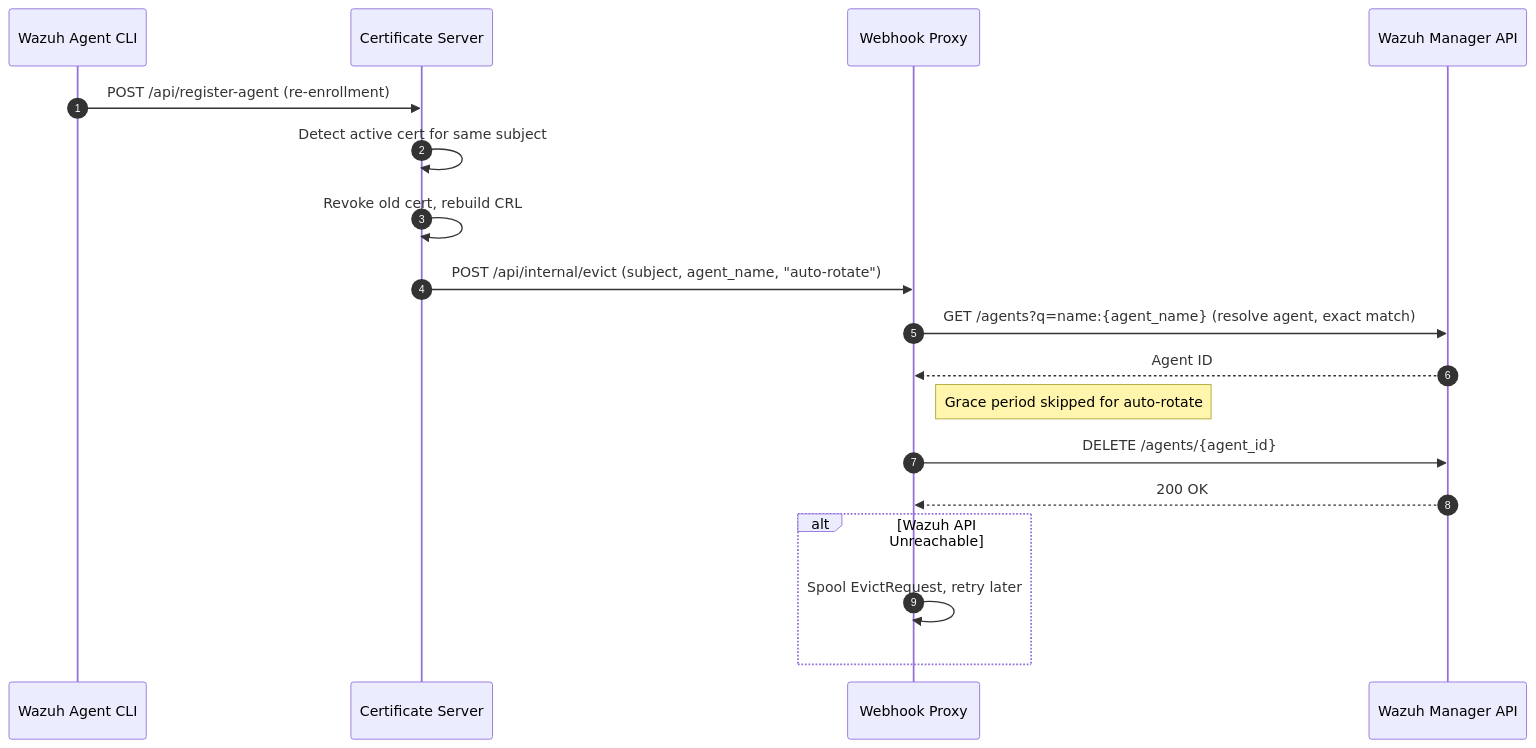
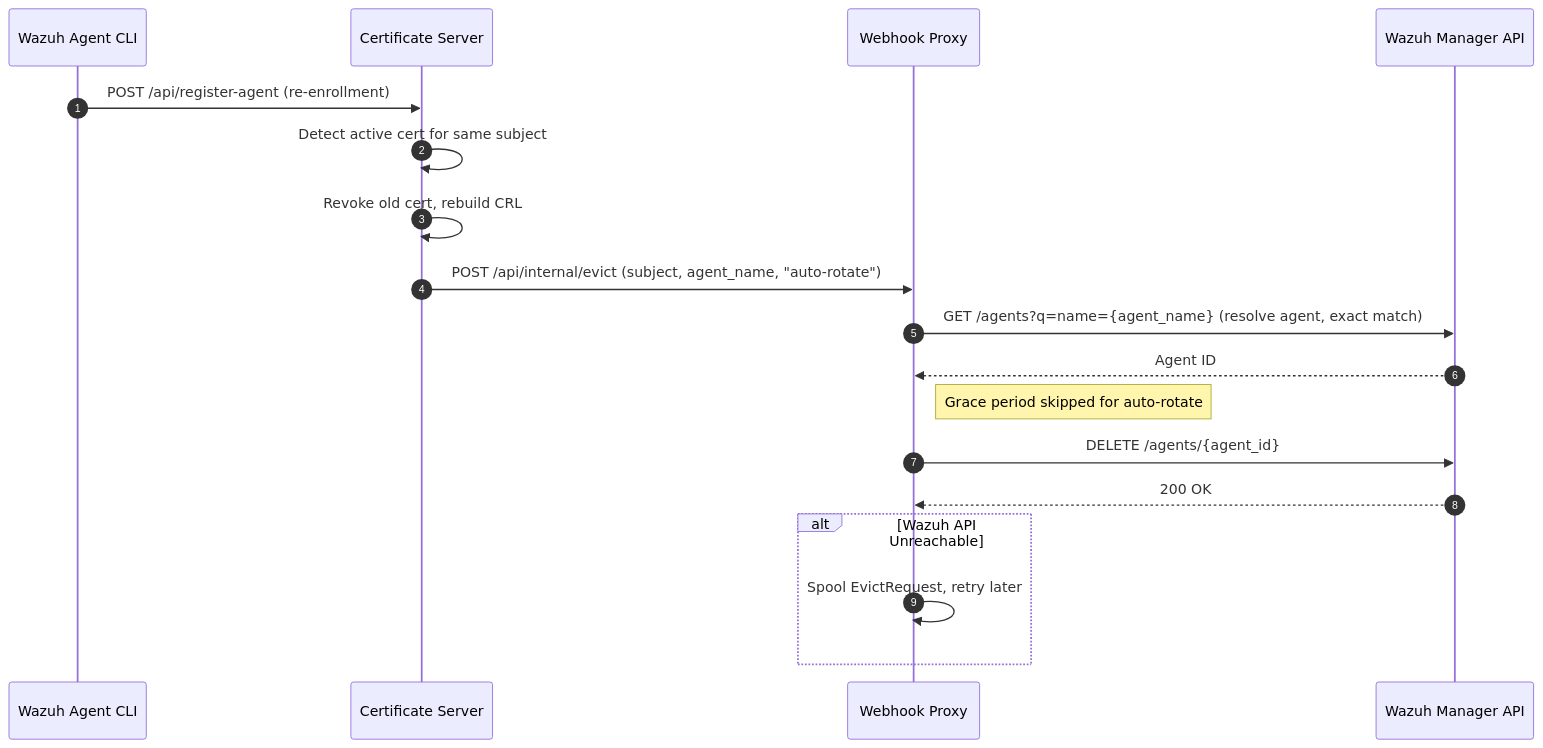
One commit to ADORSYS-GIS/wazuh-cert-oauth2 changed the fifth of 5 diagrams in docs/architecture.md. Above: the diagram before and after it, drawn with Mermaid. The commit also changed other lines of this file and 12 other files, not shown here.

````diff
--- a/docs/architecture.md
+++ b/docs/architecture.md
@@ -166,24 +166,24 @@
 ```mermaid
 sequenceDiagram
     autonumber
 
     participant Agent as Wazuh Agent CLI
     participant Server as Certificate Server
     participant Webhook as Webhook Proxy
     participant Wazuh as Wazuh Manager API
 
     Agent->>Server: POST /api/register-agent (re-enrollment)
     Server->>Server: Detect active cert for same subject
     Server->>Server: Revoke old cert, rebuild CRL
     Server->>Webhook: POST /api/internal/evict (subject, agent_name, "auto-rotate")
 
-    Webhook->>Wazuh: GET /agents?q=name:{agent_name} (resolve agent, exact match)
+    Webhook->>Wazuh: GET /agents?q=name={agent_name} (resolve agent, exact match)
     Wazuh-->>Webhook: Agent ID
     Note right of Webhook: Grace period skipped for auto-rotate
     Webhook->>Wazuh: DELETE /agents/{agent_id}
     Wazuh-->>Webhook: 200 OK
 
     alt Wazuh API Unreachable
         Webhook->>Webhook: Spool EvictRequest, retry later
     end
 ```
````
